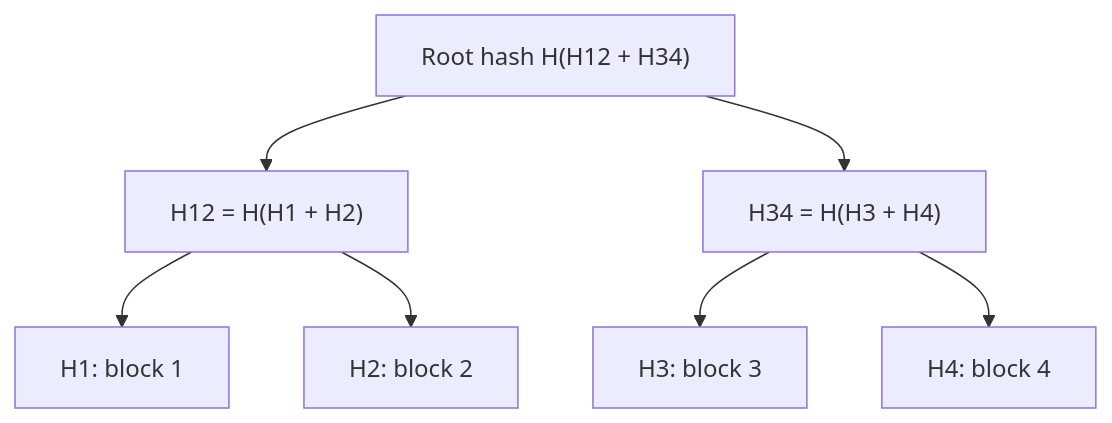
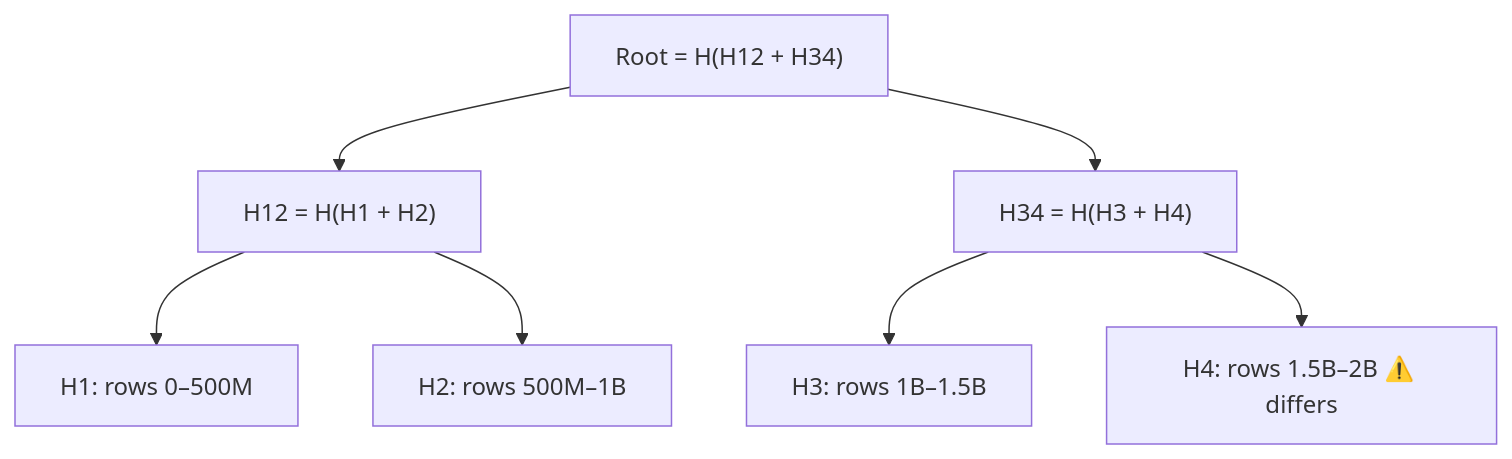
One commit to winnyboy5/System-Design-from-Atoms changed the diagram in phases/10-deep-internals/090-probabilistic-data-structures.md. Above: the diagram before and after it, drawn with Mermaid. The commit also changed other lines of this file and 9 other files, not shown here.

````diff
--- a/phases/10-deep-internals/090-probabilistic-data-structures.md
+++ b/phases/10-deep-internals/090-probabilistic-data-structures.md
@@ -36,9 +47,9 @@
 ```mermaid
 flowchart TB
-    ROOT["Root hash H(H12 + H34)"] --> H12["H12 = H(H1 + H2)"]
+    ROOT["Root = H(H12 + H34)"] --> H12["H12 = H(H1 + H2)"]
     ROOT --> H34["H34 = H(H3 + H4)"]
-    H12 --> H1["H1: block 1"]
-    H12 --> H2["H2: block 2"]
-    H34 --> H3["H3: block 3"]
-    H34 --> H4["H4: block 4"]
+    H12 --> H1["H1: rows 0–500M"]
+    H12 --> H2["H2: rows 500M–1B"]
+    H34 --> H3["H3: rows 1B–1.5B"]
+    H34 --> H4["H4: rows 1.5B–2B ⚠️ differs"]
 ```
````
